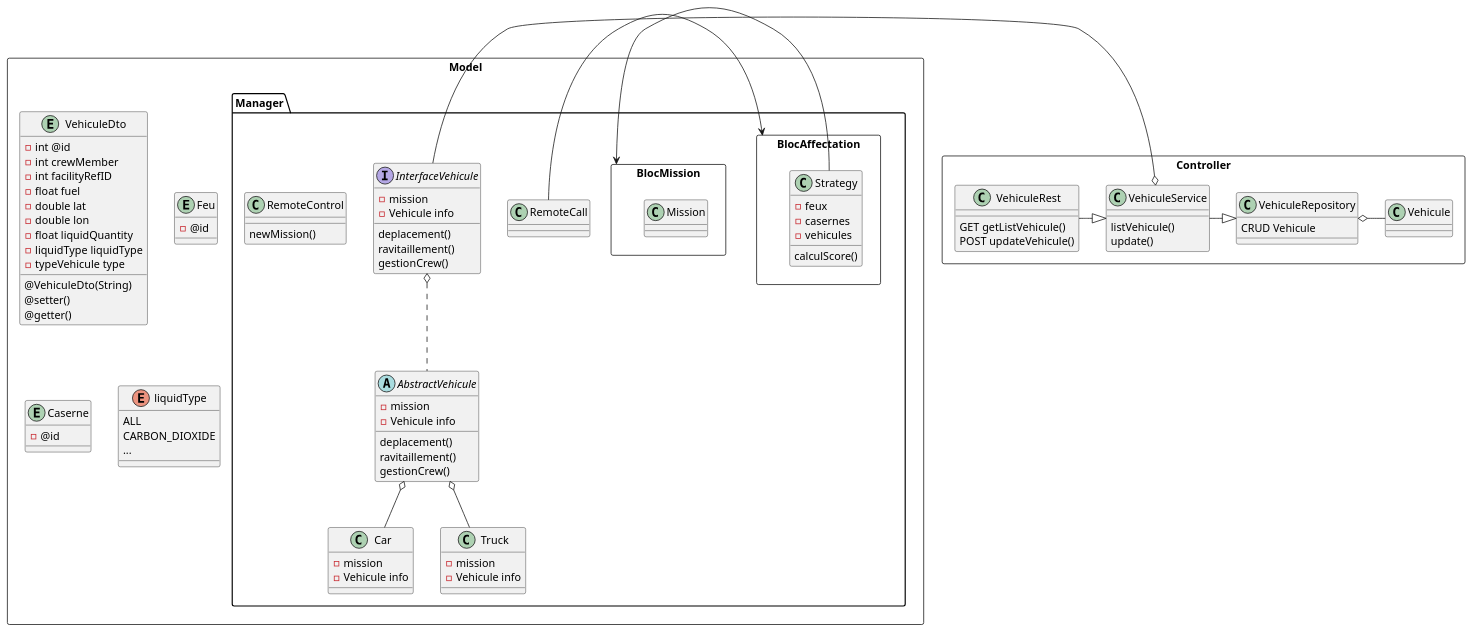
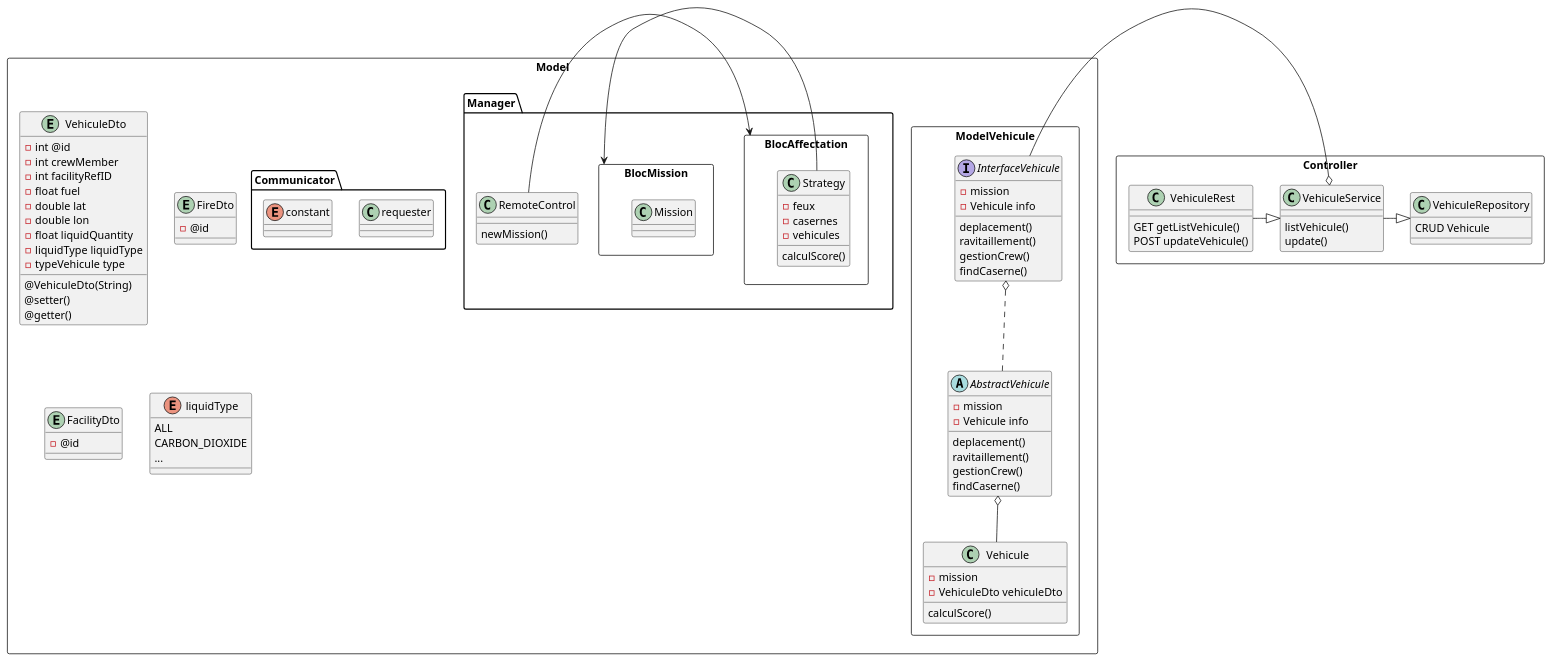
One commit to Elliot-Garcia/Projet_Majeure changed the diagram in architecture.plantuml. Above: the diagram before and after it, drawn with PlantUML. The commit also changed 5 other files, not shown here.

Commit message:
New requesteur + VehiculeModel

```diff
--- a/architecture.plantuml
+++ b/architecture.plantuml
@@ -1,114 +1,126 @@
 @startuml
 
 package Model <<Rectangle>> {
     entity VehiculeDto {
       - int @id
       - int crewMember
       - int facilityRefID
       - float fuel
       - double lat
       - double lon
       - float liquidQuantity
       - liquidType liquidType
       - typeVehicule type
 
         @VehiculeDto(String)
       @setter()
       @getter()
     }
 
-    entity Feu {
+    entity FireDto {
         - @id
     }
-    entity Caserne {
+    entity FacilityDto {
         - @id
     }
 
     enum liquidType {
         ALL
         CARBON_DIOXIDE
         ...
+    }
+
+    package ModelVehicule <<rectangle>> {
+        interface InterfaceVehicule {
+            - mission
+            - Vehicule info
+            deplacement()
+            ravitaillement()
+            gestionCrew()
+            findCaserne()
+        }
+
+        abstract AbstractVehicule {
+            - mission
+            - Vehicule info
+            deplacement()
+            ravitaillement()
+            gestionCrew()
+            findCaserne()
+        }
+
+        class Vehicule {
+            - mission
+            - VehiculeDto vehiculeDto
+            calculScore()
+        }
+
+        InterfaceVehicule o.. AbstractVehicule
+        AbstractVehicule o-- Vehicule
     }
 
     package Manager <<Folder>> {
 
         class RemoteControl {
             newMission()
         }
 
         package BlocAffectation <<rectangle>> {
             class Strategy {
                 - feux
                 - casernes
                 - vehicules
                 calculScore()
             }
         }
 
         package BlocMission <<rectangle>> {
             class Mission {
             }
         }
 
-        RemoteCall -> BlocAffectation
+        RemoteControl -> BlocAffectation
         Strategy -> BlocMission
 
-        interface InterfaceVehicule {
-            - mission
-            - Vehicule info
-            deplacement()
-            ravitaillement()
-            gestionCrew()
+    }
+
+    package Communicator <<Folder>> {
+
+        class requester {
+
         }
 
-        abstract AbstractVehicule {
-            - mission
-            - Vehicule info
-            deplacement()
-            ravitaillement()
-            gestionCrew()
+        enum constant {
+
         }
 
-        class Car {
-            - mission
-            - Vehicule info
-        }
-        class Truck {
-            - mission
-            - Vehicule info
-        }
-
-        InterfaceVehicule o.. AbstractVehicule
-        AbstractVehicule o-- Car
-        AbstractVehicule o-- Truck
     }
 
 }
 
 package Controller <<Rectangle>> {
 
     class VehiculeRepository {
         CRUD Vehicule
     }
 
     class VehiculeService {
         listVehicule()
         update()
     }
 
     class VehiculeRest {
         GET getListVehicule()
         POST updateVehicule()
     }
 
     VehiculeRest -|> VehiculeService
     VehiculeService -|> VehiculeRepository
 
-    VehiculeRepository o- Vehicule
     VehiculeService o- InterfaceVehicule
 
 }
 
 
 
 @enduml
```
